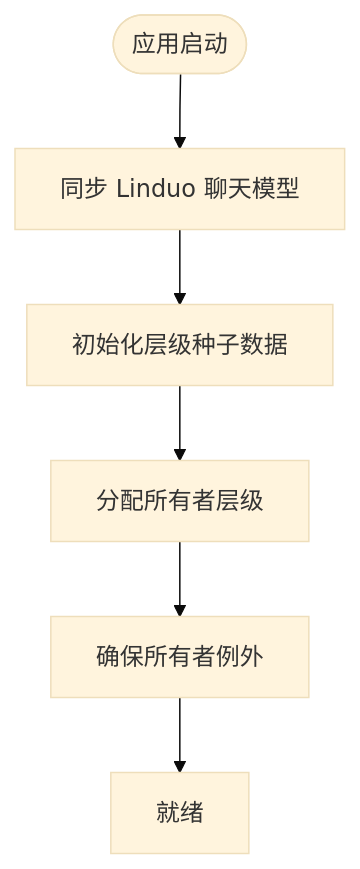
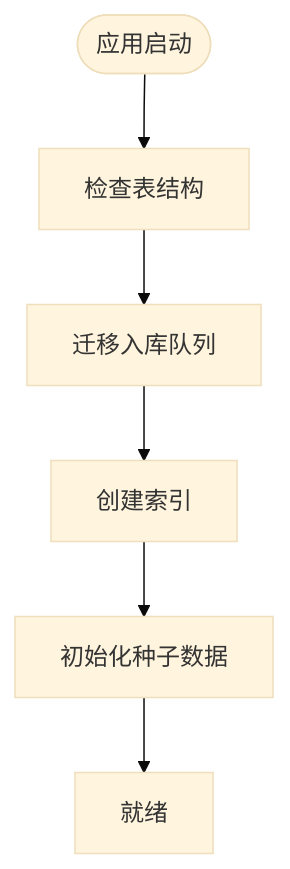
One commit to iljahofbauer219-lang/yandu changed the third of 5 diagrams in .qoder/repowiki/zh/content/数据模型/数据库模式设计.md. Above: the diagram before and after it, drawn with Mermaid (base theme). The commit also changed other lines of this file and 153 other files, not shown here.

````diff
--- a/.qoder/repowiki/zh/content/数据模型/数据库模式设计.md
+++ b/.qoder/repowiki/zh/content/数据模型/数据库模式设计.md
@@ -119,8 +116,8 @@
 ```mermaid
 flowchart TD
-Start(["应用启动"]) --> SyncModels["同步 Linduo 聊天模型"]
-SyncModels --> SeedTiers["初始化层级种子数据"]
-SeedTiers --> AssignOwners["分配所有者层级"]
-AssignOwners --> EnsureExceptions["确保所有者例外"]
-EnsureExceptions --> Ready["就绪"]
+Start(["应用启动"]) --> CheckTables["检查表结构"]
+CheckTables --> MigrateInbound["迁移入库队列"]
+MigrateInbound --> CreateIndexes["创建索引"]
+CreateIndexes --> SeedData["初始化种子数据"]
+SeedData --> Ready["就绪"]
 ```
````
